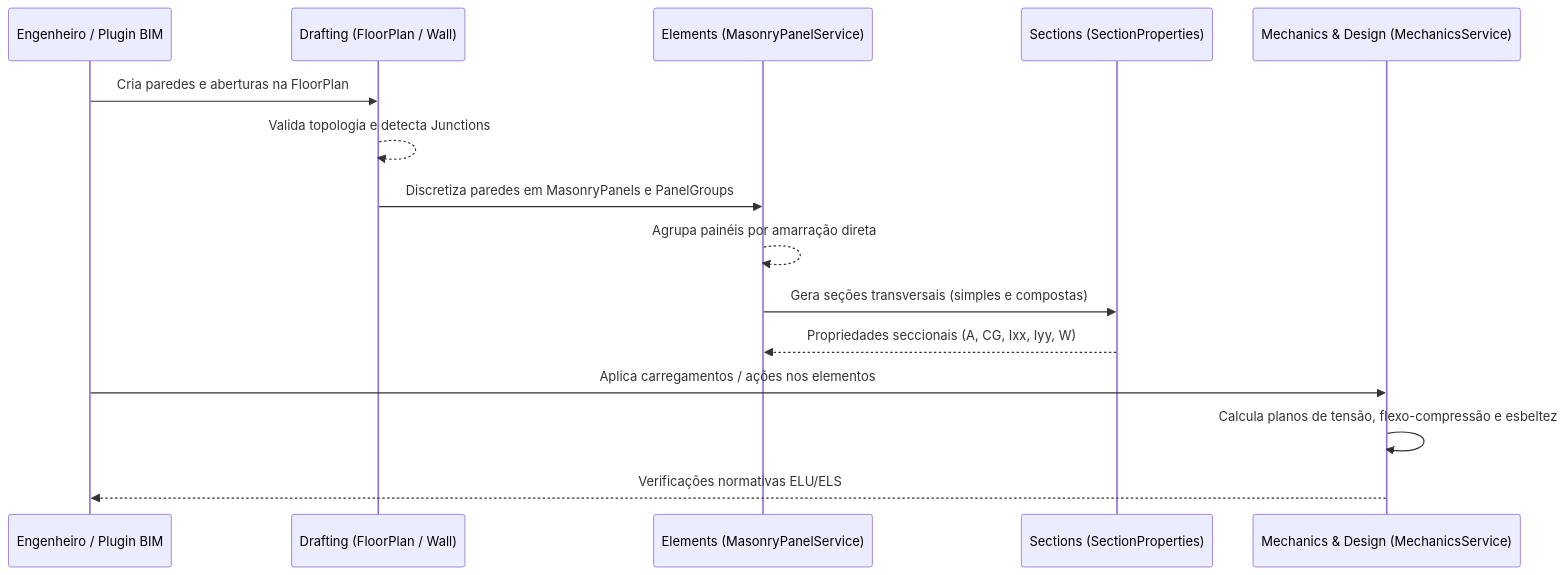
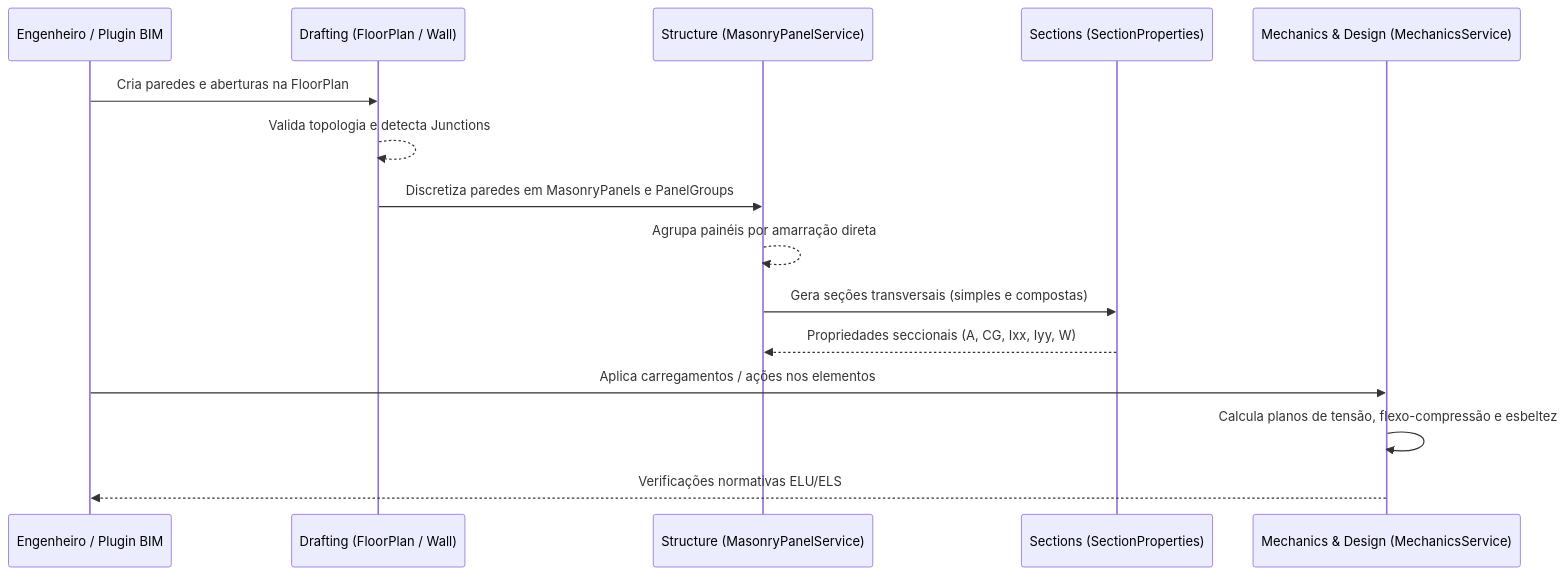
One commit to BrunoFurlam/pymasondesign changed the second of 2 diagrams in ARCHITECTURE.md. Above: the diagram before and after it, drawn with Mermaid. The commit also changed other lines of this file and 12 other files, not shown here.

Commit message:
refactor: rename elements module to structure

````diff
--- a/ARCHITECTURE.md
+++ b/ARCHITECTURE.md
@@ -173,18 +173,18 @@
 ```mermaid
 sequenceDiagram
     participant User as Engenheiro / Plugin BIM
     participant Drafting as Drafting (FloorPlan / Wall)
-    participant Elements as Elements (MasonryPanelService)
+    participant Struct as Structure (MasonryPanelService)
     participant Sect as Sections (SectionProperties)
     participant Mech as Mechanics & Design (MechanicsService)
 
     User->>Drafting: Cria paredes e aberturas na FloorPlan
     Drafting-->>Drafting: Valida topologia e detecta Junctions
-    Drafting->>Elements: Discretiza paredes em MasonryPanels e PanelGroups
-    Elements-->>Elements: Agrupa painéis por amarração direta
-    Elements->>Sect: Gera seções transversais (simples e compostas)
-    Sect-->>Elements: Propriedades seccionais (A, CG, Ixx, Iyy, W)
+    Drafting->>Struct: Discretiza paredes em MasonryPanels e PanelGroups
+    Struct-->>Struct: Agrupa painéis por amarração direta
+    Struct->>Sect: Gera seções transversais (simples e compostas)
+    Sect-->>Struct: Propriedades seccionais (A, CG, Ixx, Iyy, W)
     User->>Mech: Aplica carregamentos / ações nos elementos
     Mech->>Mech: Calcula planos de tensão, flexo-compressão e esbeltez
     Mech-->>User: Verificações normativas ELU/ELS
 ```
````
